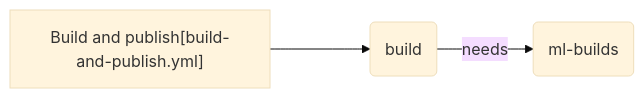
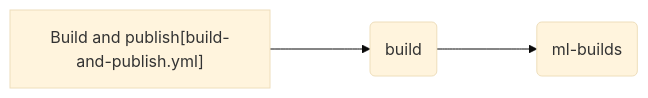
The fifth of 27 diagrams in .github/workflows/ActionFlow.md (hpcc-systems/HPCC-Platform), drawn with Mermaid (base theme) before and after one commit. The commit also changed other lines of this file, not shown here.

Commit message:
Remove uses and needs path-labels

````diff
--- a/.github/workflows/ActionFlow.md
+++ b/.github/workflows/ActionFlow.md
@@ -41,8 +41,8 @@
 ```mermaid
 
 flowchart LR
 
   BUILD_AND_PUBLISH["Build and publish[build-and-publish.yml]"] ---> build(build)
-  build(build) --needs--> ml-builds(ml-builds)
+  build(build) ---> ml-builds(ml-builds)
 
 ```
````
